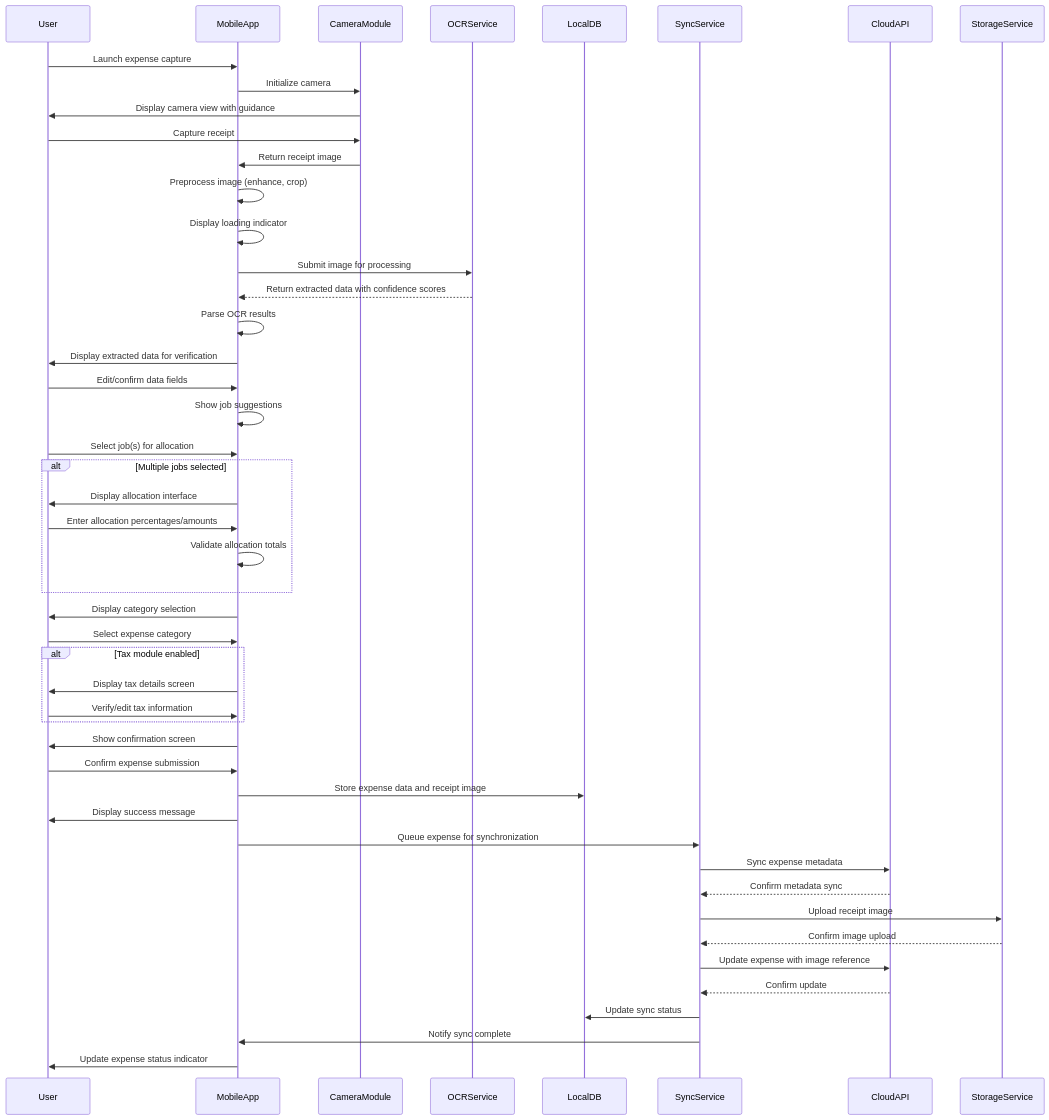
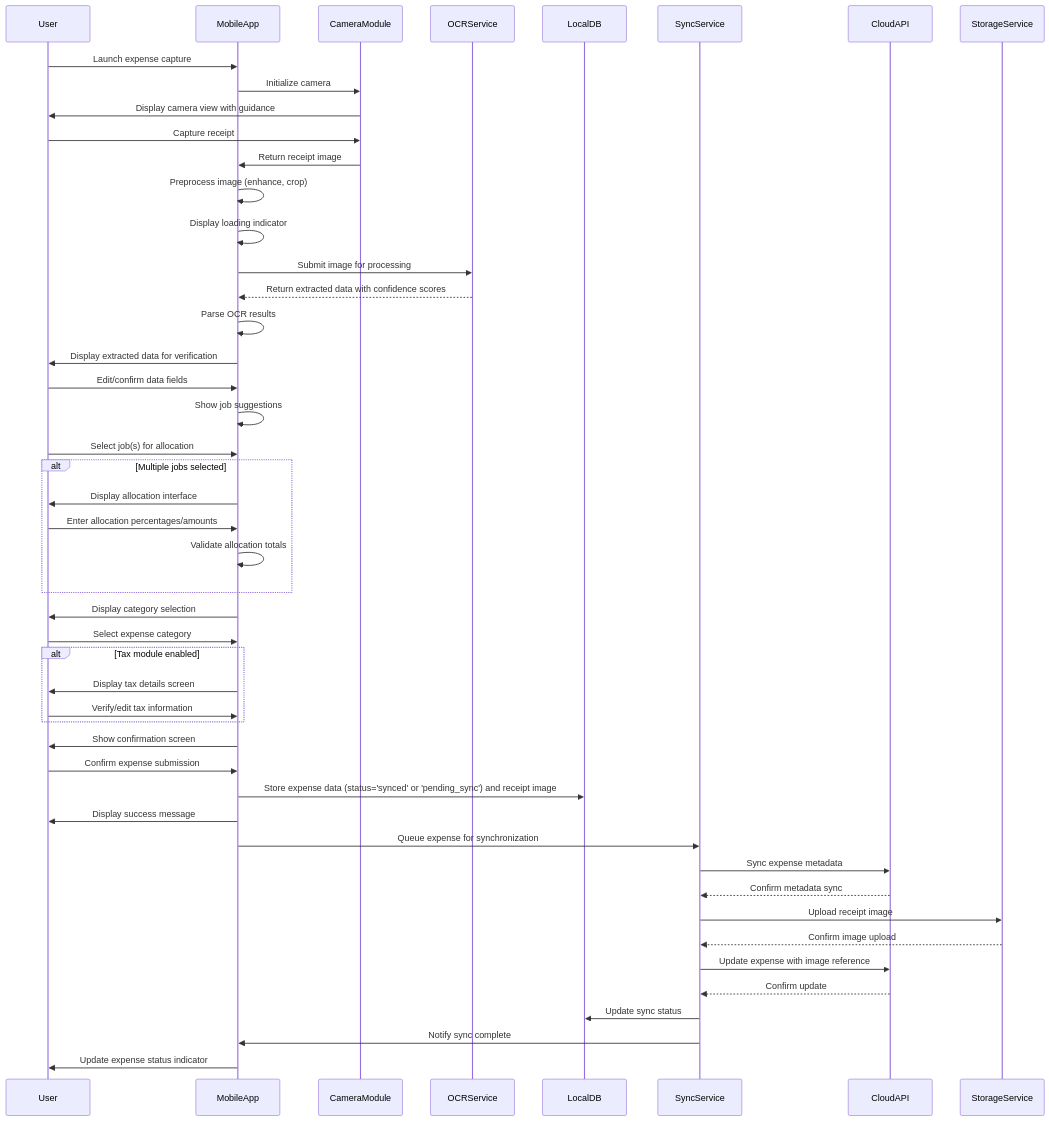
One commit to developers-ubonu/fintrack changed the first of 5 diagrams in docs/fintrack/USE_CASES/UC-ME/sequence-diagram.md. Above: the diagram before and after it, drawn with Mermaid. The commit also changed other lines of this file and 4 other files, not shown here.

````diff
--- a/docs/fintrack/USE_CASES/UC-ME/sequence-diagram.md
+++ b/docs/fintrack/USE_CASES/UC-ME/sequence-diagram.md
@@ -7,56 +7,56 @@
 ```mermaid
 sequenceDiagram
     participant User
     participant MobileApp
     participant CameraModule
     participant OCRService
     participant LocalDB
     participant SyncService
     participant CloudAPI
     participant StorageService
-    
+
     User->>MobileApp: Launch expense capture
     MobileApp->>CameraModule: Initialize camera
     CameraModule->>User: Display camera view with guidance
     User->>CameraModule: Capture receipt
     CameraModule->>MobileApp: Return receipt image
     MobileApp->>MobileApp: Preprocess image (enhance, crop)
     MobileApp->>MobileApp: Display loading indicator
     MobileApp->>OCRService: Submit image for processing
     OCRService-->>MobileApp: Return extracted data with confidence scores
     MobileApp->>MobileApp: Parse OCR results
     MobileApp->>User: Display extracted data for verification
     User->>MobileApp: Edit/confirm data fields
     MobileApp->>MobileApp: Show job suggestions
     User->>MobileApp: Select job(s) for allocation
-    
+
     alt Multiple jobs selected
         MobileApp->>User: Display allocation interface
         User->>MobileApp: Enter allocation percentages/amounts
         MobileApp->>MobileApp: Validate allocation totals
     end
-    
+
     MobileApp->>User: Display category selection
     User->>MobileApp: Select expense category
-    
+
     alt Tax module enabled
         MobileApp->>User: Display tax details screen
         User->>MobileApp: Verify/edit tax information
     end
-    
+
     MobileApp->>User: Show confirmation screen
     User->>MobileApp: Confirm expense submission
-    MobileApp->>LocalDB: Store expense data and receipt image
+    MobileApp->>LocalDB: Store expense data (status='synced' or 'pending_sync') and receipt image
     MobileApp->>User: Display success message
-    
+
     MobileApp->>SyncService: Queue expense for synchronization
     SyncService->>CloudAPI: Sync expense metadata
     CloudAPI-->>SyncService: Confirm metadata sync
     SyncService->>StorageService: Upload receipt image
     StorageService-->>SyncService: Confirm image upload
     SyncService->>CloudAPI: Update expense with image reference
     CloudAPI-->>SyncService: Confirm update
     SyncService->>LocalDB: Update sync status
     SyncService->>MobileApp: Notify sync complete
     MobileApp->>User: Update expense status indicator
 ```
````
